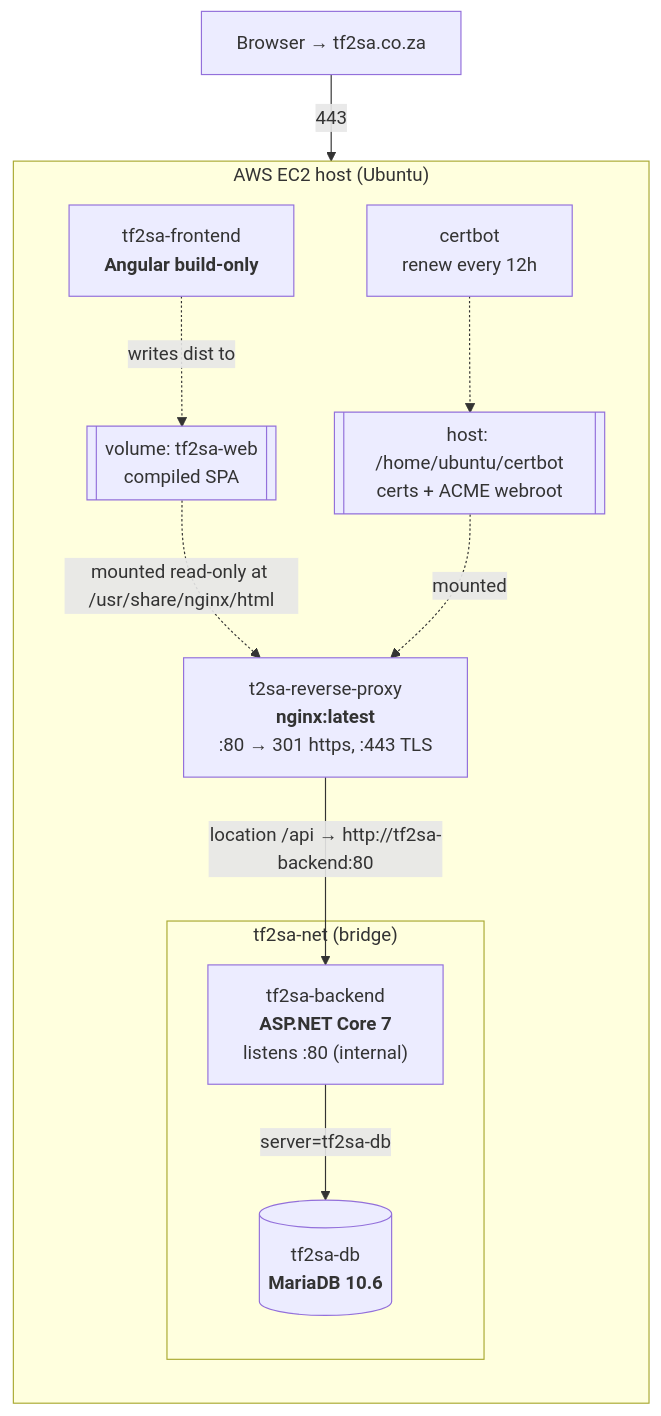
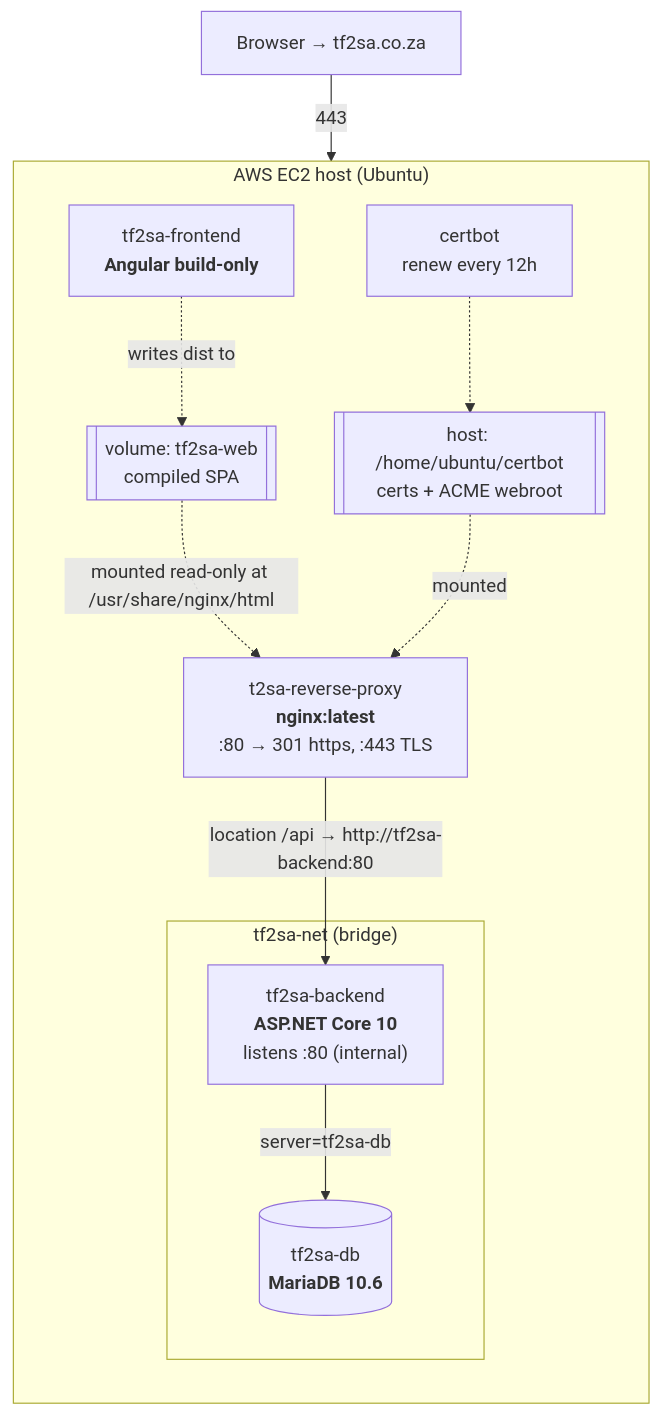
One commit to DeradoZA/tf2sa changed the first of 2 diagrams in docs/architecture/deployment.md. Above: the diagram before and after it, drawn with Mermaid. The commit also changed other lines of this file and 12 other files, not shown here.

````diff
--- a/docs/architecture/deployment.md
+++ b/docs/architecture/deployment.md
@@ -13,25 +13,25 @@
 ```mermaid
 flowchart TB
     user["Browser → tf2sa.co.za"]
 
     subgraph ec2["AWS EC2 host (Ubuntu)"]
         direction TB
         proxy["t2sa-reverse-proxy<br/><b>nginx:latest</b><br/>:80 → 301 https, :443 TLS"]
         subgraph net["tf2sa-net (bridge)"]
-            backend["tf2sa-backend<br/><b>ASP.NET Core 7</b><br/>listens :80 (internal)"]
+            backend["tf2sa-backend<br/><b>ASP.NET Core 10</b><br/>listens :80 (internal)"]
             db[("tf2sa-db<br/><b>MariaDB 10.6</b>")]
         end
         frontend["tf2sa-frontend<br/><b>Angular build-only</b>"]
         certbot["certbot<br/>renew every 12h"]
         webvol[["volume: tf2sa-web<br/>compiled SPA"]]
         certvol[["host: /home/ubuntu/certbot<br/>certs + ACME webroot"]]
     end
 
     user -->|443| proxy
     proxy -->|"location /api → http://tf2sa-backend:80"| backend
     backend -->|"server=tf2sa-db"| db
     frontend -.->|writes dist to| webvol
     webvol -.->|"mounted read-only at /usr/share/nginx/html"| proxy
     certbot -.-> certvol
     certvol -.->|mounted| proxy
 ```
````
